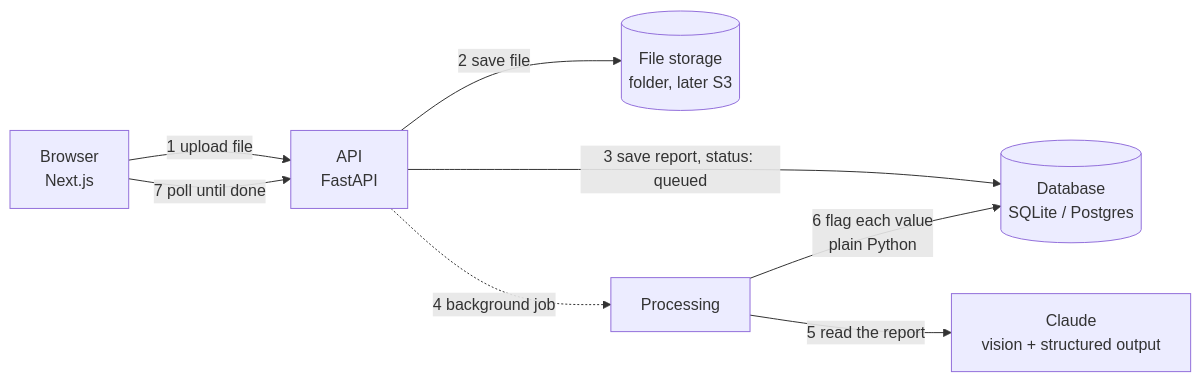
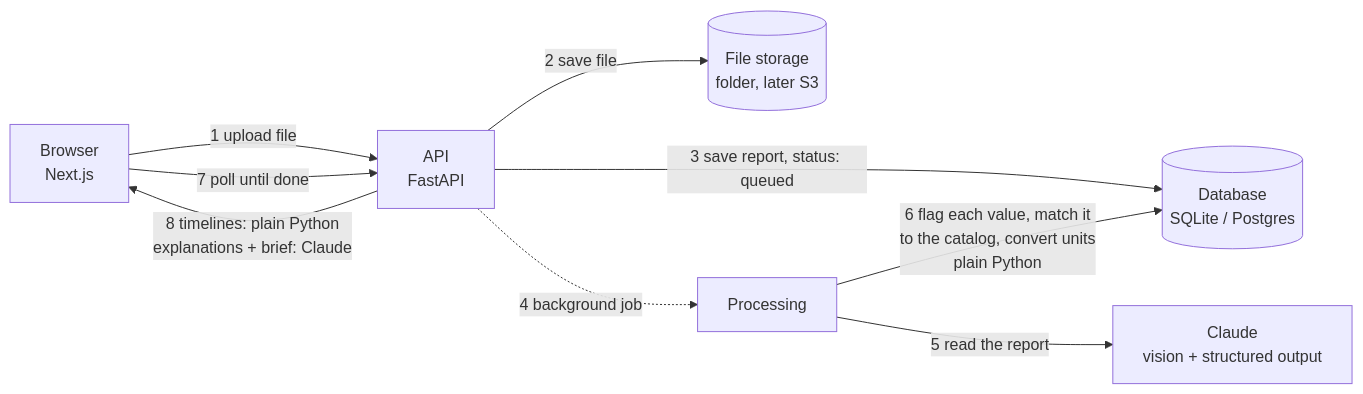
Before and after one commit to whatalshifa/report-saathi: the diagram in README.md, drawn with Mermaid. The commit also changed other lines of this file and 36 other files, not shown here.

First line of the commit message:
ReportSaathi Phase 2: trends across labs, explanations in 3 languages, doctor brief

````diff
--- a/README.md
+++ b/README.md
@@ -25,10 +45,11 @@
 ```mermaid
 flowchart LR
     U[Browser<br/>Next.js] -- "1 upload file" --> A[API<br/>FastAPI]
     A -- "2 save file" --> S[(File storage<br/>folder, later S3)]
     A -- "3 save report, status: queued" --> D[(Database<br/>SQLite / Postgres)]
     A -. "4 background job" .-> J[Processing]
     J -- "5 read the report" --> C[Claude<br/>vision + structured output]
-    J -- "6 flag each value<br/>plain Python" --> D
+    J -- "6 flag each value, match it<br/>to the catalog, convert units<br/>plain Python" --> D
     U -- "7 poll until done" --> A
+    A -- "8 timelines: plain Python<br/>explanations + brief: Claude" --> U
 ```
````
